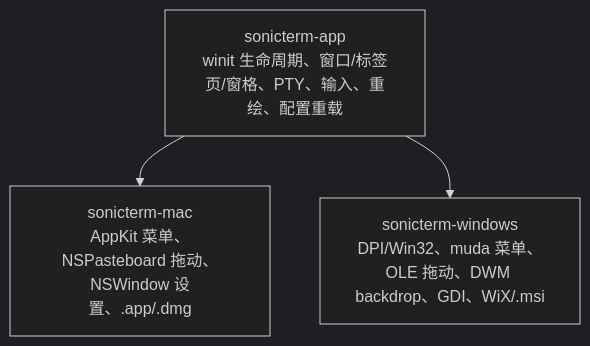
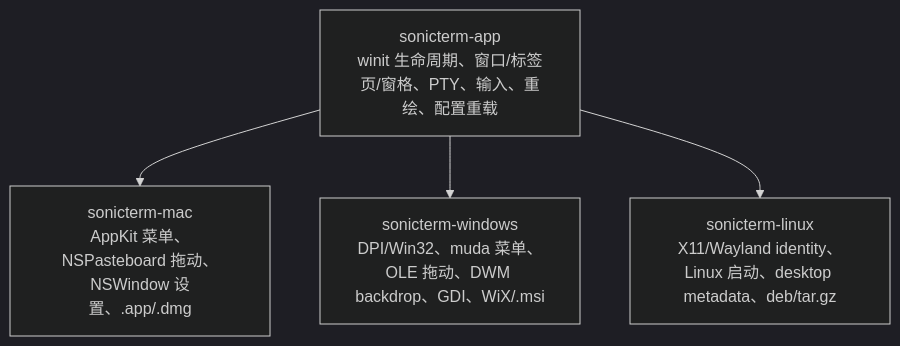
Before and after one commit to D0n9X1n/SonicTerm: the second of 2 diagrams in wiki/Platform-Integration.md, drawn with Mermaid (dark theme). The commit also changed other lines of this file and 70 other files, not shown here.

````diff
--- a/wiki/Platform-Integration.md
+++ b/wiki/Platform-Integration.md
@@ -194,9 +240,11 @@
 ```mermaid
 flowchart TD
     app["sonicterm-app<br/>winit 生命周期、窗口/标签页/窗格、PTY、输入、重绘、配置重载"]
     mac["sonicterm-mac<br/>AppKit 菜单、NSPasteboard 拖动、NSWindow 设置、.app/.dmg"]
     win["sonicterm-windows<br/>DPI/Win32、muda 菜单、OLE 拖动、DWM backdrop、GDI、WiX/.msi"]
+    linux["sonicterm-linux<br/>X11/Wayland identity、Linux 启动、desktop metadata、deb/tar.gz"]
 
     app --> mac
     app --> win
+    app --> linux
 ```
````
